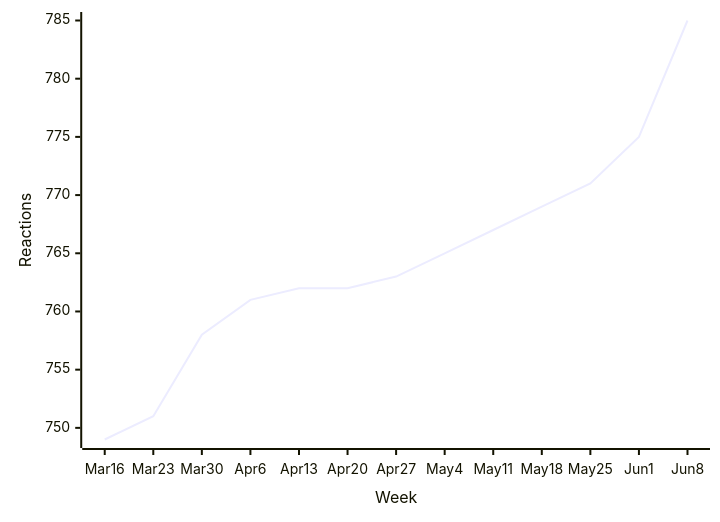
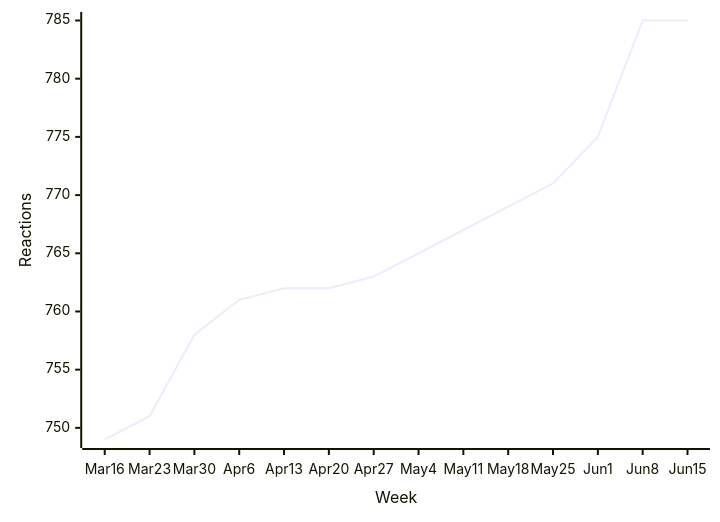
Before and after one commit to loic-sharma/github-insights: the first of 47 diagrams in README.md, drawn with Mermaid. The commit also changed other lines of this file and 3 other files, not shown here.

````diff
--- a/README.md
+++ b/README.md
@@ -339,6 +339,6 @@
   ```mermaid
   xychart-beta
-    x-axis "Week" [Mar 16, Mar 23, Mar 30, Apr 6, Apr 13, Apr 20, Apr 27, May 4, May 11, May 18, May 25, Jun 1, Jun 8]
+    x-axis "Week" [Mar 16, Mar 23, Mar 30, Apr 6, Apr 13, Apr 20, Apr 27, May 4, May 11, May 18, May 25, Jun 1, Jun 8, Jun 15]
     y-axis "Reactions"
-    line [749, 751, 758, 761, 762, 762, 763, 765, 767, 769, 771, 775, 785]
+    line [749, 751, 758, 761, 762, 762, 763, 765, 767, 769, 771, 775, 785, 785]
   ```
````
